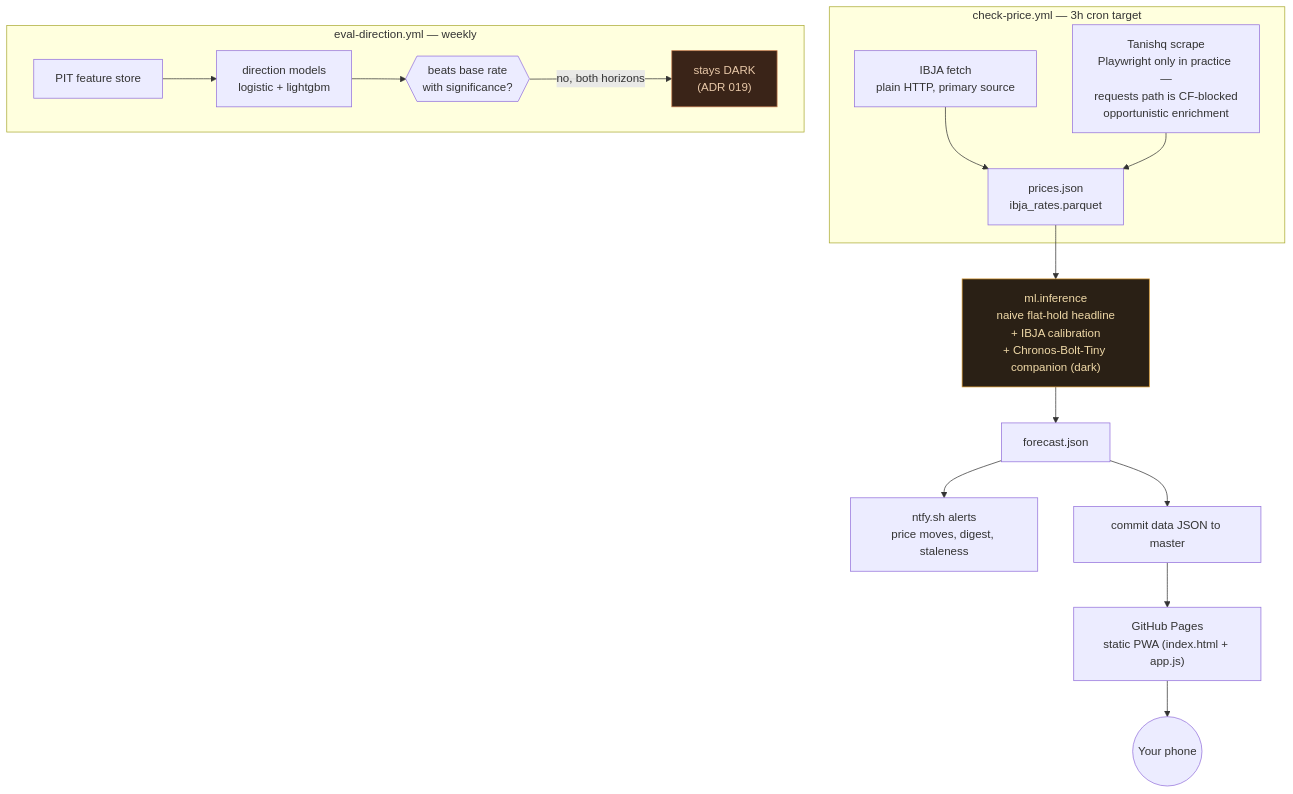
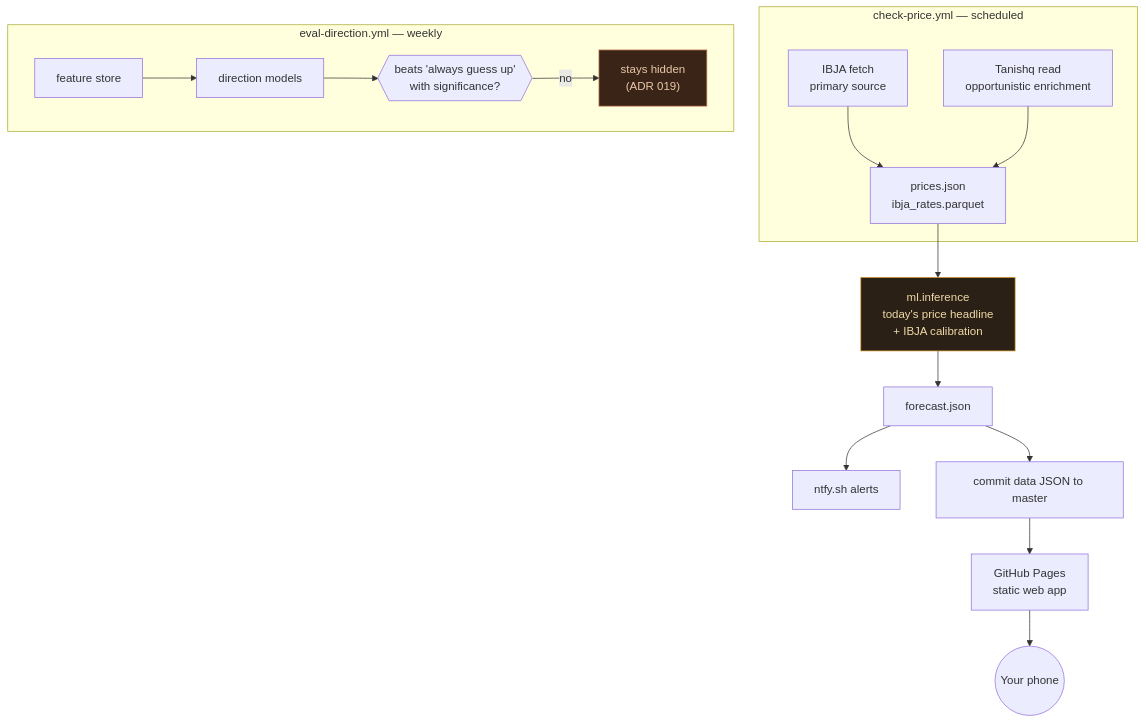
The diagram in README.md (gaurav-gandhi-2411/gold-rate-tracker), drawn with Mermaid before and after one commit. The commit also changed other lines of this file and 1 other file, not shown here.

````diff
--- a/README.md
+++ b/README.md
@@ -27,24 +50,24 @@
 ```mermaid
 flowchart TD
-    subgraph cron["check-price.yml — 3h cron target"]
-        A["IBJA fetch<br/>plain HTTP, primary source"] --> C
-        B["Tanishq scrape<br/>Playwright only in practice —<br/>requests path is CF-blocked<br/>opportunistic enrichment"] --> C
+    subgraph cron["check-price.yml — scheduled"]
+        A["IBJA fetch<br/>primary source"] --> C
+        B["Tanishq read<br/>opportunistic enrichment"] --> C
         C["prices.json<br/>ibja_rates.parquet"]
     end
 
-    C --> D["ml.inference<br/>naive flat-hold headline<br/>+ IBJA calibration<br/>+ Chronos-Bolt-Tiny companion (dark)"]
+    C --> D["ml.inference<br/>today's price headline<br/>+ IBJA calibration"]
     D --> E["forecast.json"]
-    E --> F["ntfy.sh alerts<br/>price moves, digest, staleness"]
+    E --> F["ntfy.sh alerts"]
     E --> G["commit data JSON to master"]
-    G --> H["GitHub Pages<br/>static PWA (index.html + app.js)"]
+    G --> H["GitHub Pages<br/>static web app"]
     H --> I(("Your phone"))
 
     subgraph weekly["eval-direction.yml — weekly"]
-        J["PIT feature store"] --> K["direction models<br/>logistic + lightgbm"]
-        K --> L{{"beats base rate<br/>with significance?"}}
-        L -->|"no, both horizons"| M["stays DARK<br/>(ADR 019)"]
+        J["feature store"] --> K["direction models"]
+        K --> L{{"beats 'always guess up'<br/>with significance?"}}
+        L -->|"no"| M["stays hidden<br/>(ADR 019)"]
     end
 
     style M fill:#3a2418,stroke:#c67a4b,color:#e8c8a8
     style D fill:#2a2015,stroke:#d4932a,color:#f0d9a8
 ```
````
